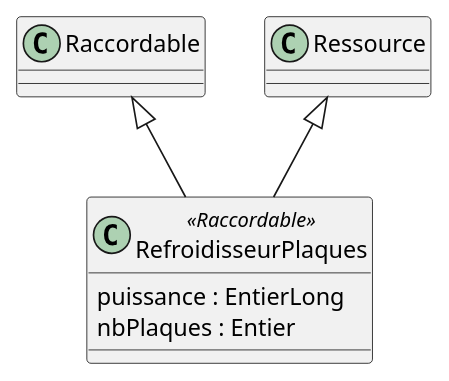
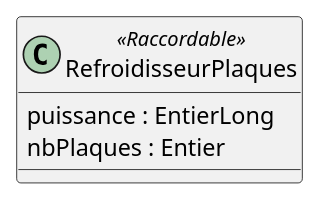
The diagram in refroidisseurPlaques.iuml (beerfactory/brewbox-uml), drawn with PlantUML before and after one commit. The commit also changed 5 other files, not shown here.

```diff
--- a/refroidisseurPlaques.iuml
+++ b/refroidisseurPlaques.iuml
@@ -1,7 +1,4 @@
 class RefroidisseurPlaques <<Raccordable>> {
     puissance : EntierLong
 	nbPlaques : Entier
 }
-
-Raccordable <|-- RefroidisseurPlaques
-Ressource <|-- RefroidisseurPlaques
```
